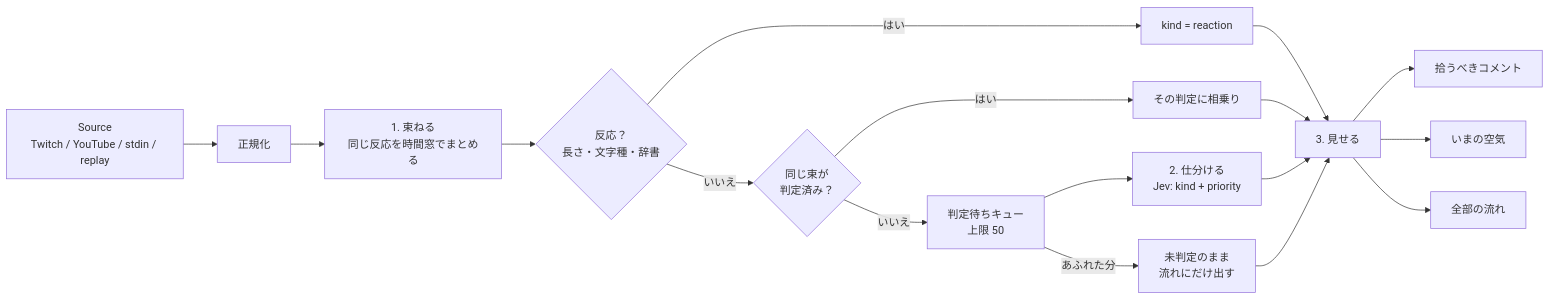
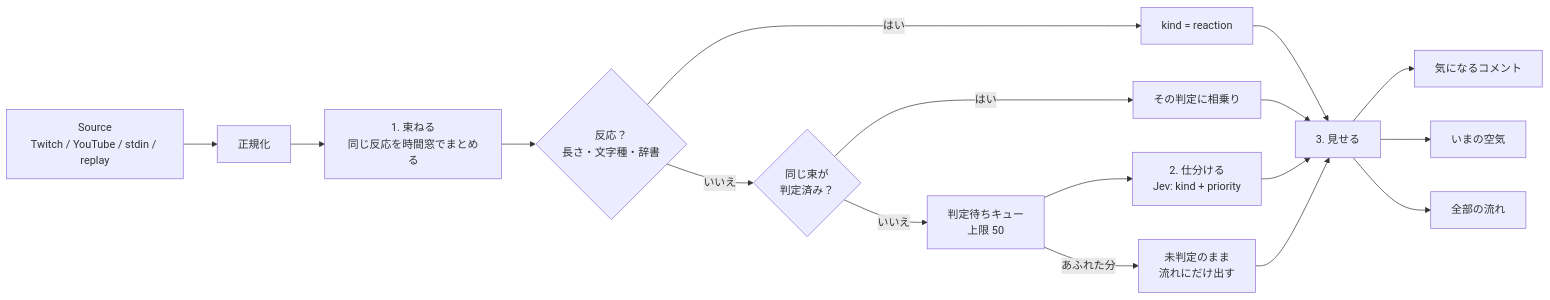
One commit to hiroyannnn/yuru-come changed the diagram in README.mbt.md. Above: the diagram before and after it, drawn with Mermaid. The commit also changed other lines of this file and 4 other files, not shown here.

````diff
--- a/README.mbt.md
+++ b/README.mbt.md
@@ -15,19 +15,19 @@
 ```mermaid
 flowchart LR
   S[Source<br>Twitch / YouTube / stdin / replay] --> N[正規化]
   N --> B[1. 束ねる<br>同じ反応を時間窓でまとめる]
   B --> R{反応？<br>長さ・文字種・辞書}
   R -- はい --> K[kind = reaction]
   R -- いいえ --> D{同じ束が<br>判定済み？}
   D -- はい --> I[その判定に相乗り]
   D -- いいえ --> Q[判定待ちキュー<br>上限 50]
   Q -- あふれた分 --> U[未判定のまま<br>流れにだけ出す]
   Q --> J[2. 仕分ける<br>Jev: kind + priority]
   K --> V[3. 見せる]
   I --> V
   J --> V
   U --> V
-  V --> P[拾うべきコメント]
+  V --> P[気になるコメント]
   V --> M[いまの空気]
   V --> F[全部の流れ]
 ```
````
